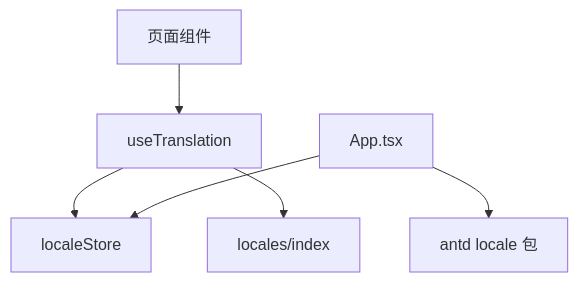
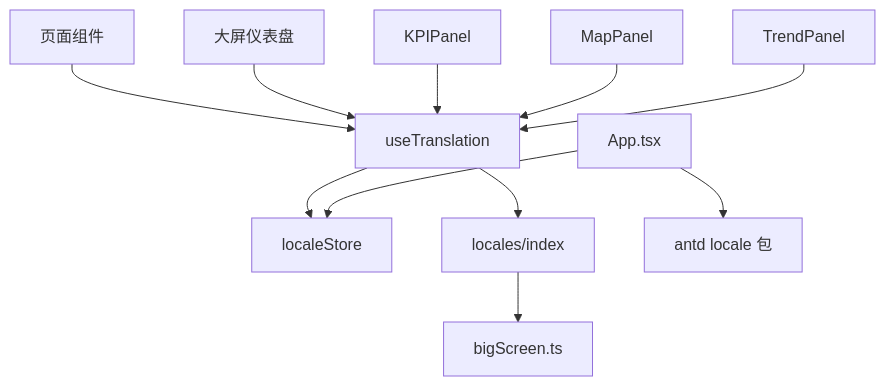
One commit to mcmrzy/cs_inv_monitor-develop changed the sixth of 6 diagrams in .qoder/repowiki/zh/content/管理后台前端/国际化系统.md. Above: the diagram before and after it, drawn with Mermaid. The commit also changed other lines of this file and 28 other files, not shown here.

````diff
--- a/.qoder/repowiki/zh/content/管理后台前端/国际化系统.md
+++ b/.qoder/repowiki/zh/content/管理后台前端/国际化系统.md
@@ -222,8 +295,13 @@
 ```mermaid
 graph TB
 Page["页面组件"] --> Hook["useTranslation"]
+BigScreen["大屏仪表盘"] --> Hook
+KPIPanel["KPIPanel"] --> Hook
+MapPanel["MapPanel"] --> Hook
+TrendPanel["TrendPanel"] --> Hook
 Hook --> Store["localeStore"]
 Hook --> Dict["locales/index"]
+Dict --> BigScreenTS["bigScreen.ts"]
 App["App.tsx"] --> Store
 App --> Antd["antd locale 包"]
 ```
````
